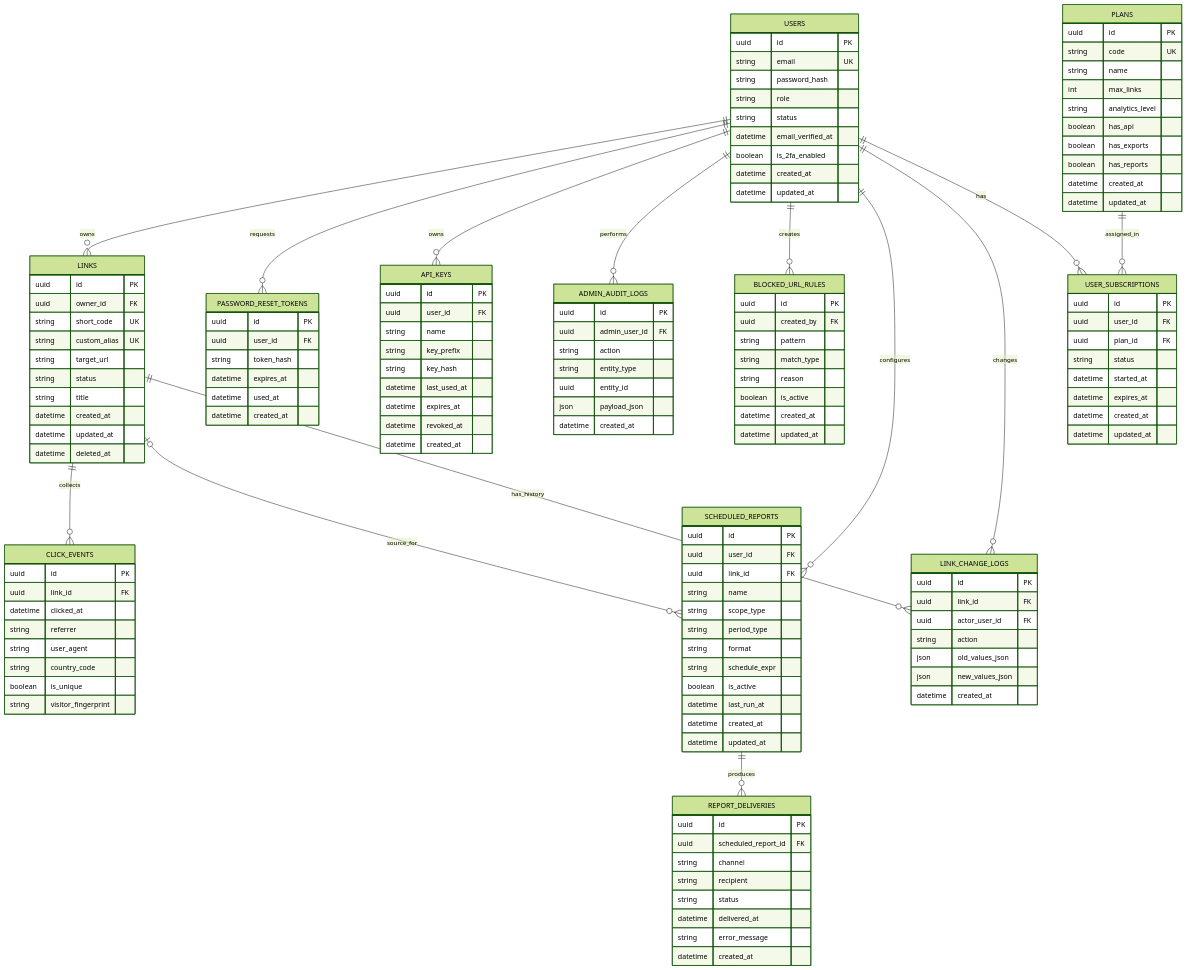
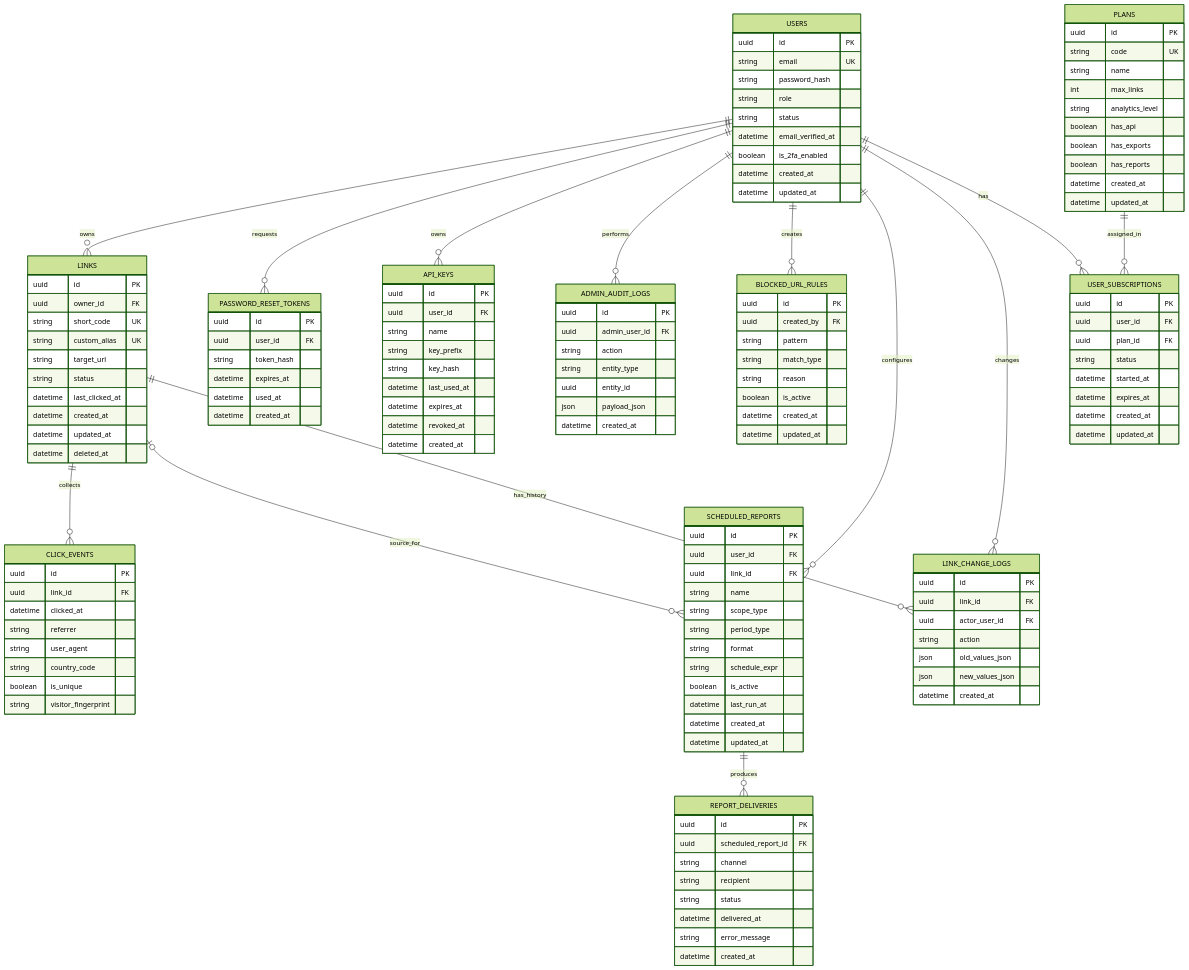
Before and after one commit to k3llone/TrackLink: the first of 2 diagrams in docs/er-diagram.md, drawn with Mermaid (forest theme). The commit also changed other lines of this file and 33 other files, not shown here.

```diff
--- a/docs/er-diagram.md
+++ b/docs/er-diagram.md
@@ -21,7 +21,7 @@
         string custom_alias UK
         string target_url
         string status
-        string title
+        datetime last_clicked_at
         datetime created_at
         datetime updated_at
         datetime deleted_at
```
